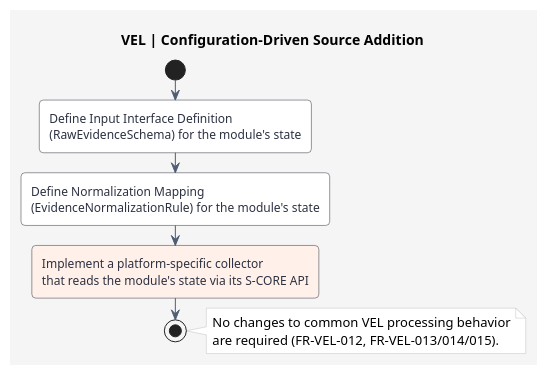
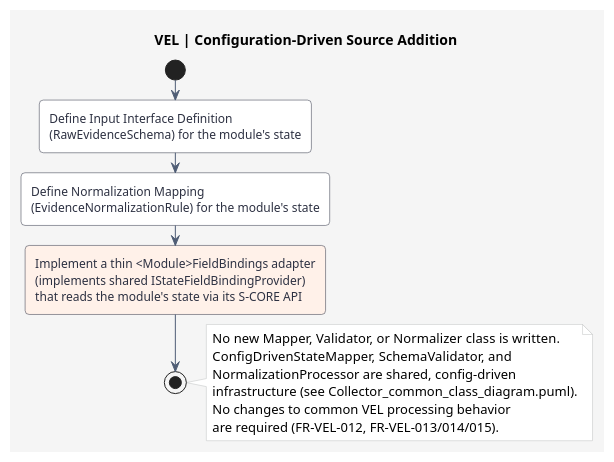
Before and after one commit to akshayg0314/vel: the diagram in docs/features/diagrams/Configuration_driven_source_addition.puml, drawn with PlantUML. The commit also changed 46 other files, not shown here.

Commit message:
Modified Class and Sequence Diagram for VEL/Lifecycle collector as per reviews

```diff
--- a/docs/features/diagrams/Configuration_driven_source_addition.puml
+++ b/docs/features/diagrams/Configuration_driven_source_addition.puml
@@ -1,28 +1,33 @@
 @startuml
 title VEL | Configuration-Driven Source Addition
 skinparam backgroundColor #F5F5F5
 skinparam shadowing false
 skinparam roundCorner 8
 skinparam ArrowColor #4F5D75
 skinparam activityBorderColor #2D3142
 skinparam activityBackgroundColor #FFFFFF
 skinparam activityFontColor #2D3142
 skinparam diamondBorderColor #4F5D75
 skinparam diamondBackgroundColor #ECECEC
 skinparam noteBackgroundColor #FFFFFF
 skinparam noteBorderColor #BFC0C0
 
 start
 :Define Input Interface Definition
 (RawEvidenceSchema) for the module's state;
 :Define Normalization Mapping
 (EvidenceNormalizationRule) for the module's state;
-#FFF1E9:Implement a platform-specific collector
+#FFF1E9:Implement a thin <Module>FieldBindings adapter
+(implements shared IStateFieldBindingProvider)
 that reads the module's state via its S-CORE API;
 stop
 
 note right
+No new Mapper, Validator, or Normalizer class is written.
+ConfigDrivenStateMapper, SchemaValidator, and
+NormalizationProcessor are shared, config-driven
+infrastructure (see Collector_common_class_diagram.puml).
 No changes to common VEL processing behavior
 are required (FR-VEL-012, FR-VEL-013/014/015).
 end note
 @enduml
```
